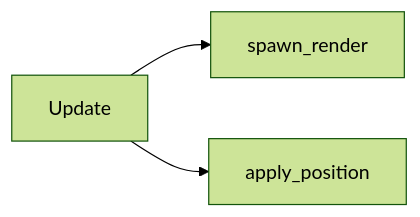
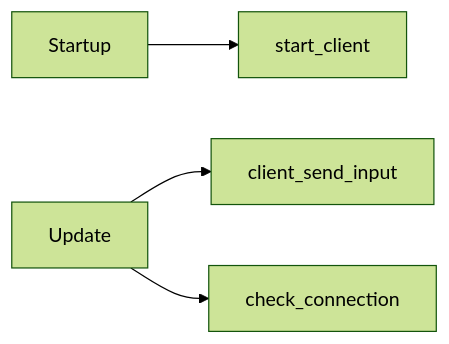
One commit to kindywu/simple_bevy changed the fifth of 6 diagrams in DESIGN.md. Above: the diagram before and after it, drawn with Mermaid (forest theme). The commit also changed other lines of this file and 3 other files, not shown here.

````diff
--- a/DESIGN.md
+++ b/DESIGN.md
@@ -127,5 +140,6 @@
 ```mermaid
 graph LR
-    Update --> spawn_render
-    Update --> apply_position
+    Startup --> start_client
+    Update --> client_send_input
+    Update --> check_connection
 ```
````
